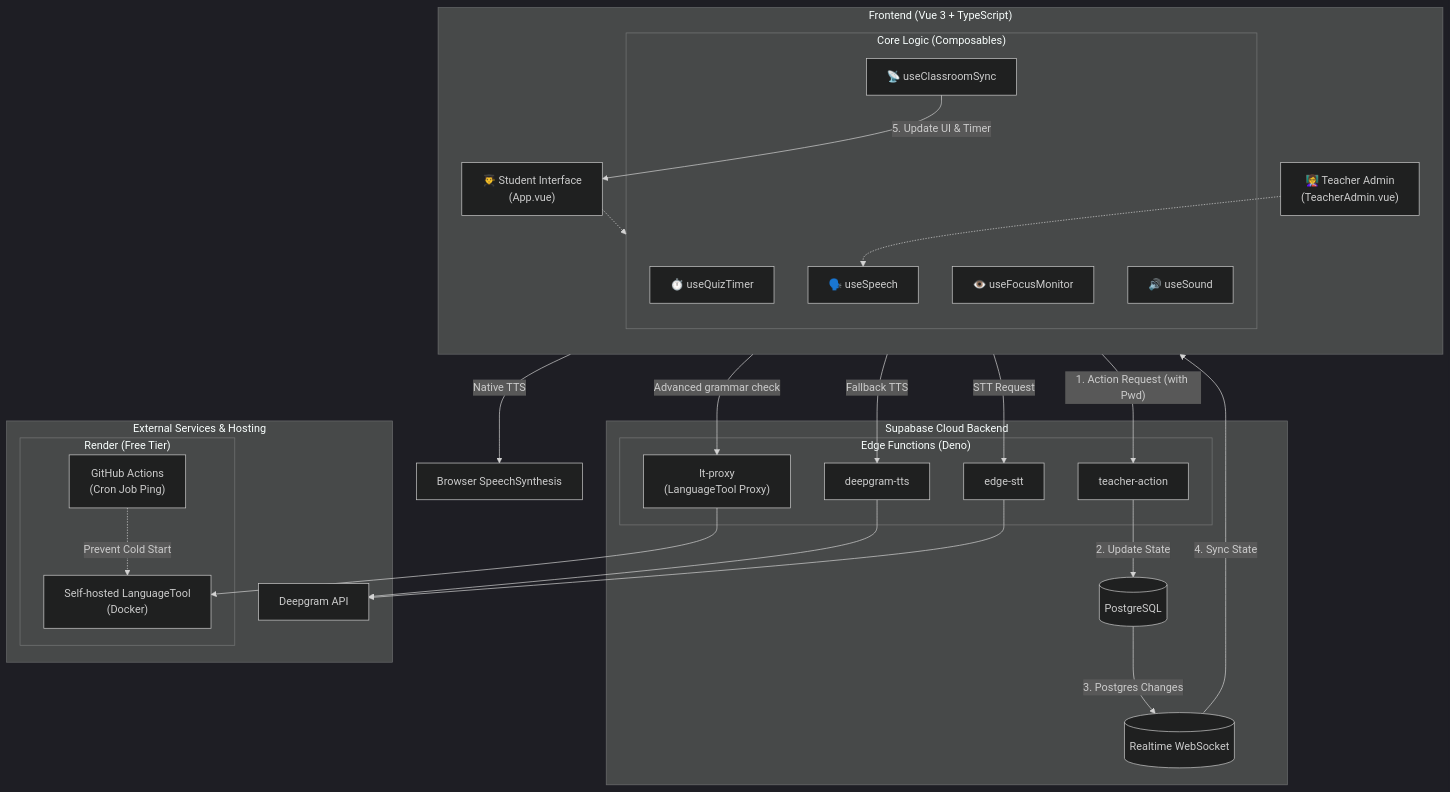
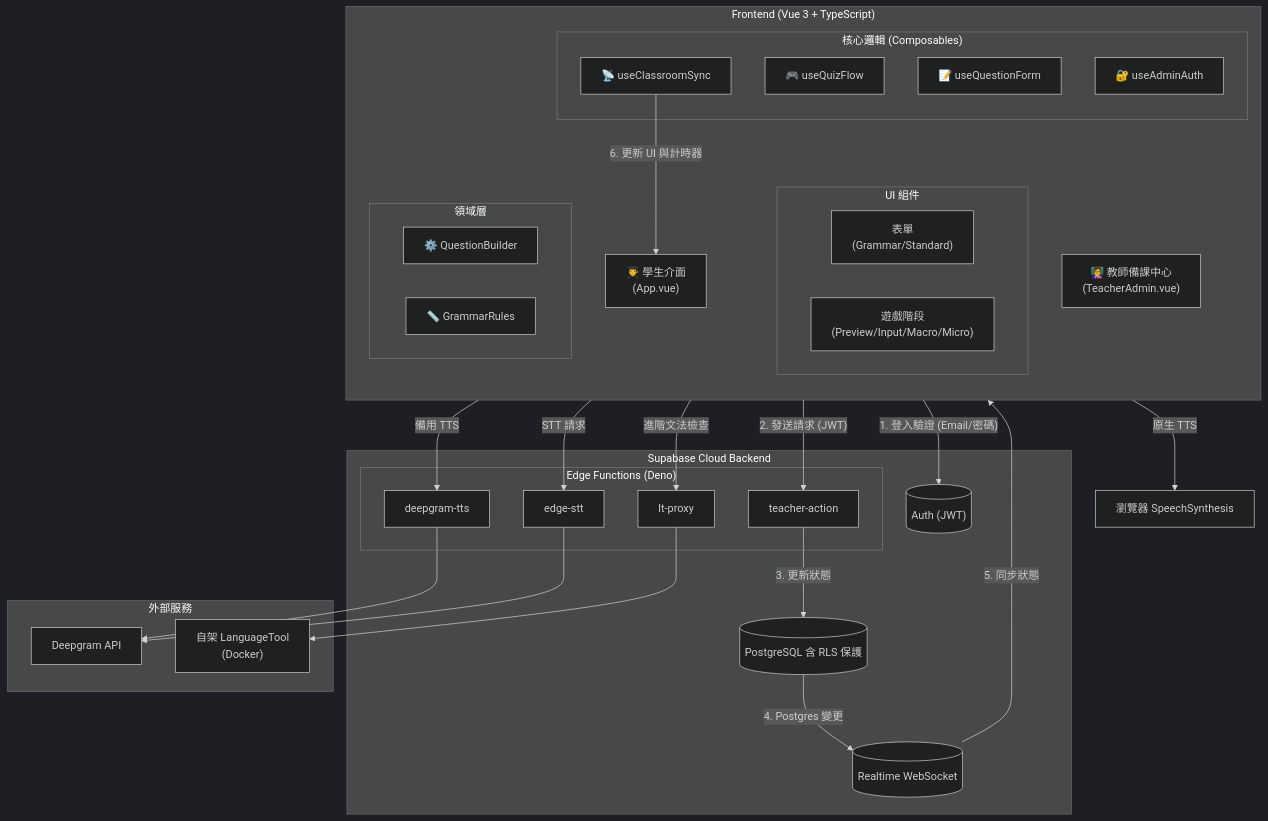
The second of 3 diagrams in README.zh-TW.md (ylin3-learner/SyntaxHunt), drawn with Mermaid (dark theme) before and after one commit. The commit also changed other lines of this file and 1 other file, not shown here.

First line of the commit message:
docs(readme): update architecture, multi-tenancy, and auth documentation

````diff
--- a/README.zh-TW.md
+++ b/README.zh-TW.md
@@ -73,58 +68,61 @@
 ```mermaid
 graph TD
     subgraph Client ["Frontend (Vue 3 + TypeScript)"]
         direction TB
-        AdminUI["👩‍🏫 Teacher Admin<br>(TeacherAdmin.vue)"]
-        StudentUI["👨‍🎓 Student Interface<br>(App.vue)"]
+        AdminUI["👩‍🏫 教師備課中心<br>(TeacherAdmin.vue)"]
+        StudentUI["👨‍🎓 學生介面<br>(App.vue)"]
         
-        subgraph Composables ["Core Logic (Composables)"]
-            Timer["⏱️ useQuizTimer"]
-            Focus["👁️ useFocusMonitor"]
-            Sound["🔊 useSound"]
-            Speech["🗣️ useSpeech"]
+        subgraph Components ["UI 組件"]
+            Forms["表單<br>(Grammar/Standard)"]
+            Stages["遊戲階段<br>(Preview/Input/Macro/Micro)"]
+        end
+
+        subgraph Composables ["核心邏輯 (Composables)"]
+            QuizFlow["🎮 useQuizFlow"]
+            QuestionForm["📝 useQuestionForm"]
+            Auth["🔐 useAdminAuth"]
             Sync["📡 useClassroomSync"]
+        end
+
+        subgraph Domain ["領域層"]
+            Builder["⚙️ QuestionBuilder"]
+            Rules["📏 GrammarRules"]
         end
     end
 
     subgraph Supabase ["Supabase Cloud Backend"]
-        DB[("PostgreSQL")]
+        AuthProvider[("Auth (JWT)")]
+        DB[("PostgreSQL 含 RLS 保護")]
         Realtime[("Realtime WebSocket")]
         subgraph EdgeFunctions ["Edge Functions (Deno)"]
             Action_Proxy["teacher-action"]
             TTS_Proxy["deepgram-tts"]
             STT_Proxy["edge-stt"]
-            LT_Proxy["lt-proxy<br>(LanguageTool Proxy)"]
+            LT_Proxy["lt-proxy"]
         end
     end
 
-    subgraph External ["External Services & Hosting"]
+    subgraph External ["外部服務"]
         Deepgram["Deepgram API"]
-        subgraph Render ["Render (Free Tier)"]
-            LanguageTool["Self-hosted LanguageTool<br>(Docker)"]
-            KeepAlive["GitHub Actions<br>(Cron Job Ping)"]
-        end
+        LanguageTool["自架 LanguageTool<br>(Docker)"]
     end
 
-    BrowserTTS["Browser SpeechSynthesis"]
+    BrowserTTS["瀏覽器 SpeechSynthesis"]
 
     %% Data Flow
-    AdminUI -- "1. Action Request (with Pwd)" --> Action_Proxy
-    Action_Proxy -- "2. Update State" --> DB
-    DB -- "3. Postgres Changes" --> Realtime
-    Realtime -- "4. Sync State" --> Sync
-    Sync -- "5. Update UI & Timer" --> StudentUI
+    AdminUI -- "1. 登入驗證 (Email/密碼)" --> AuthProvider
+    AdminUI -- "2. 發送請求 (JWT)" --> Action_Proxy
+    Action_Proxy -- "3. 更新狀態" --> DB
+    DB -- "4. Postgres 變更" --> Realtime
+    Realtime -- "5. 同步狀態" --> Sync
+    Sync -- "6. 更新 UI 與計時器" --> StudentUI
     
-    StudentUI -- "Native TTS" --> BrowserTTS
-    StudentUI -- "Fallback TTS" --> TTS_Proxy
+    StudentUI -- "原生 TTS" --> BrowserTTS
+    StudentUI -- "備用 TTS" --> TTS_Proxy
+    StudentUI -- "STT 請求" --> STT_Proxy
+    StudentUI -- "進階文法檢查" --> LT_Proxy
+    
     TTS_Proxy --> Deepgram
-    
-    StudentUI -- "STT Request" --> STT_Proxy
     STT_Proxy --> Deepgram
-    
-    StudentUI -- "Advanced grammar check" --> LT_Proxy
     LT_Proxy --> LanguageTool
-    KeepAlive -. "Prevent Cold Start" .-> LanguageTool
-
-    StudentUI -.-> Composables
-    AdminUI -.-> Speech
 ```
````
